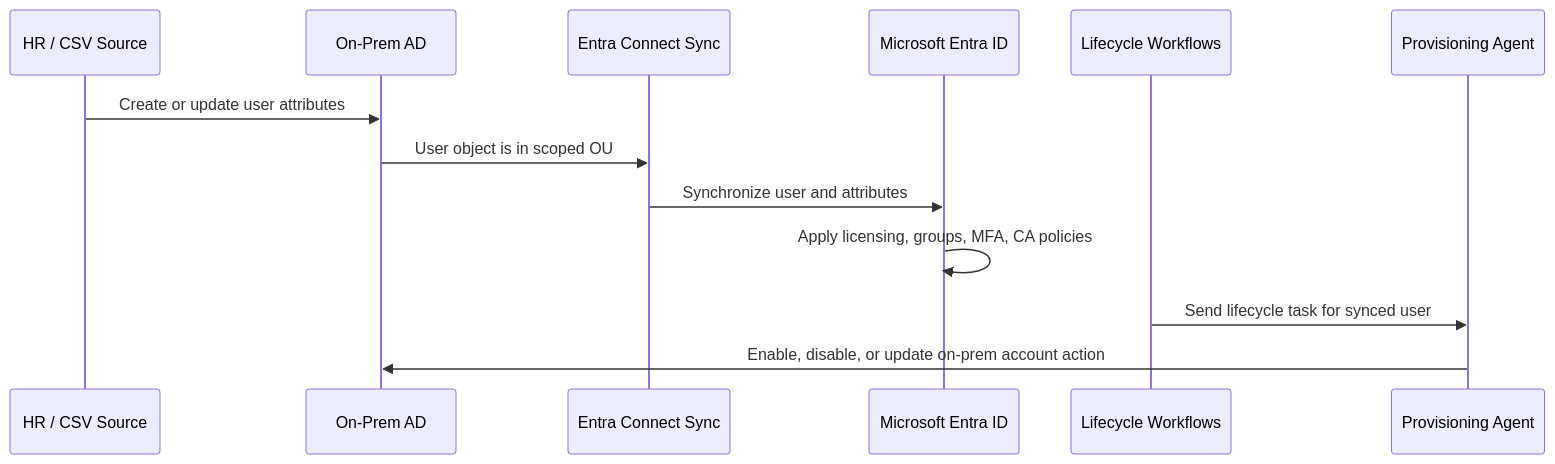
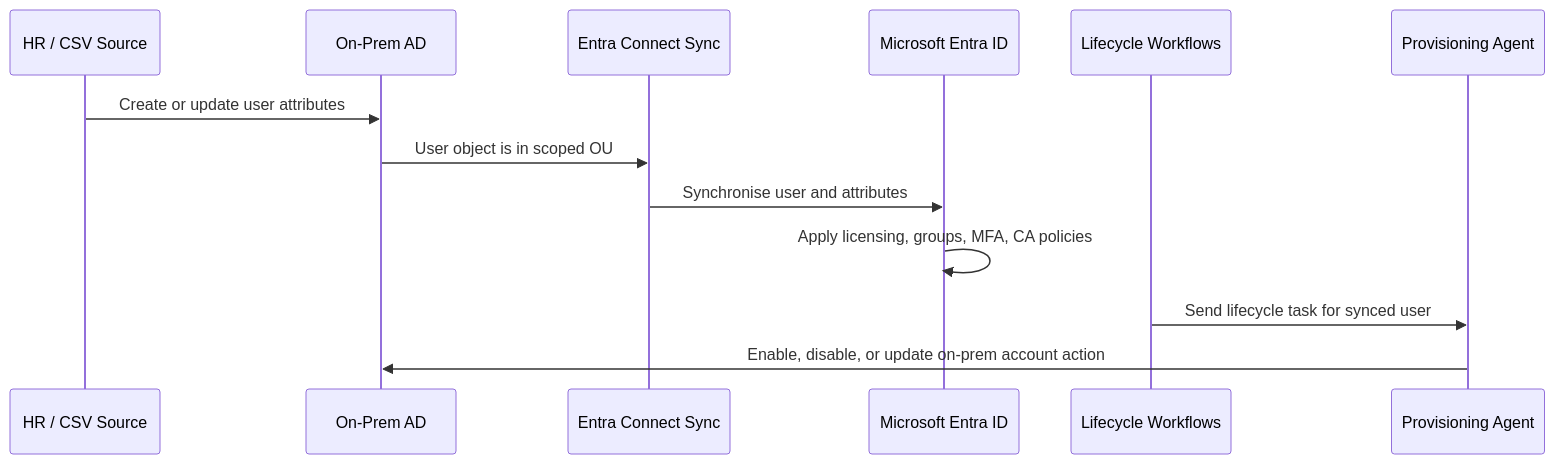
One commit to BabaOlumoh/iam-engineering-portfolio changed the second of 2 diagrams in 02-hybrid-identity-ad-entra/README.md. Above: the diagram before and after it, drawn with Mermaid. The commit also changed other lines of this file, not shown here.

````diff
--- a/02-hybrid-identity-ad-entra/README.md
+++ b/02-hybrid-identity-ad-entra/README.md
@@ -88,16 +88,16 @@
 ```mermaid
 sequenceDiagram
     participant HR as HR / CSV Source
     participant AD as On-Prem AD
     participant Sync as Entra Connect Sync
     participant Entra as Microsoft Entra ID
     participant LWF as Lifecycle Workflows
     participant Agent as Provisioning Agent
 
     HR->>AD: Create or update user attributes
     AD->>Sync: User object is in scoped OU
-    Sync->>Entra: Synchronize user and attributes
+    Sync->>Entra: Synchronise user and attributes
     Entra->>Entra: Apply licensing, groups, MFA, CA policies
     LWF->>Agent: Send lifecycle task for synced user
     Agent->>AD: Enable, disable, or update on-prem account action
 ```
````
